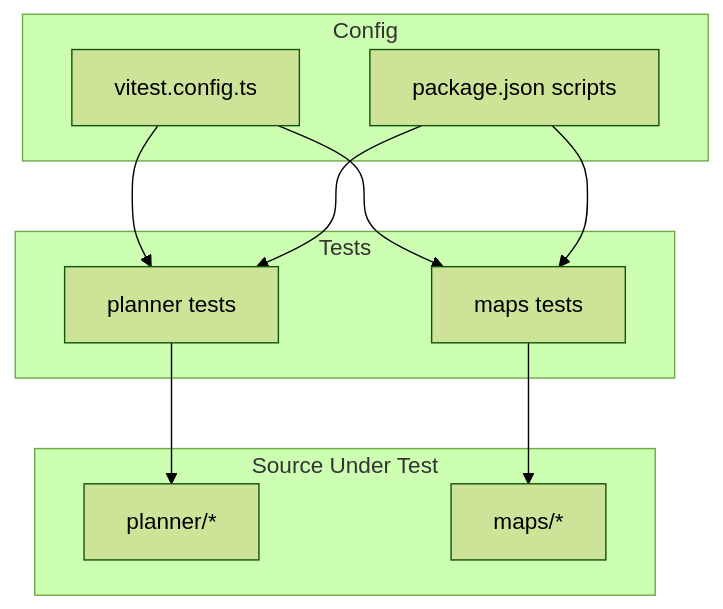
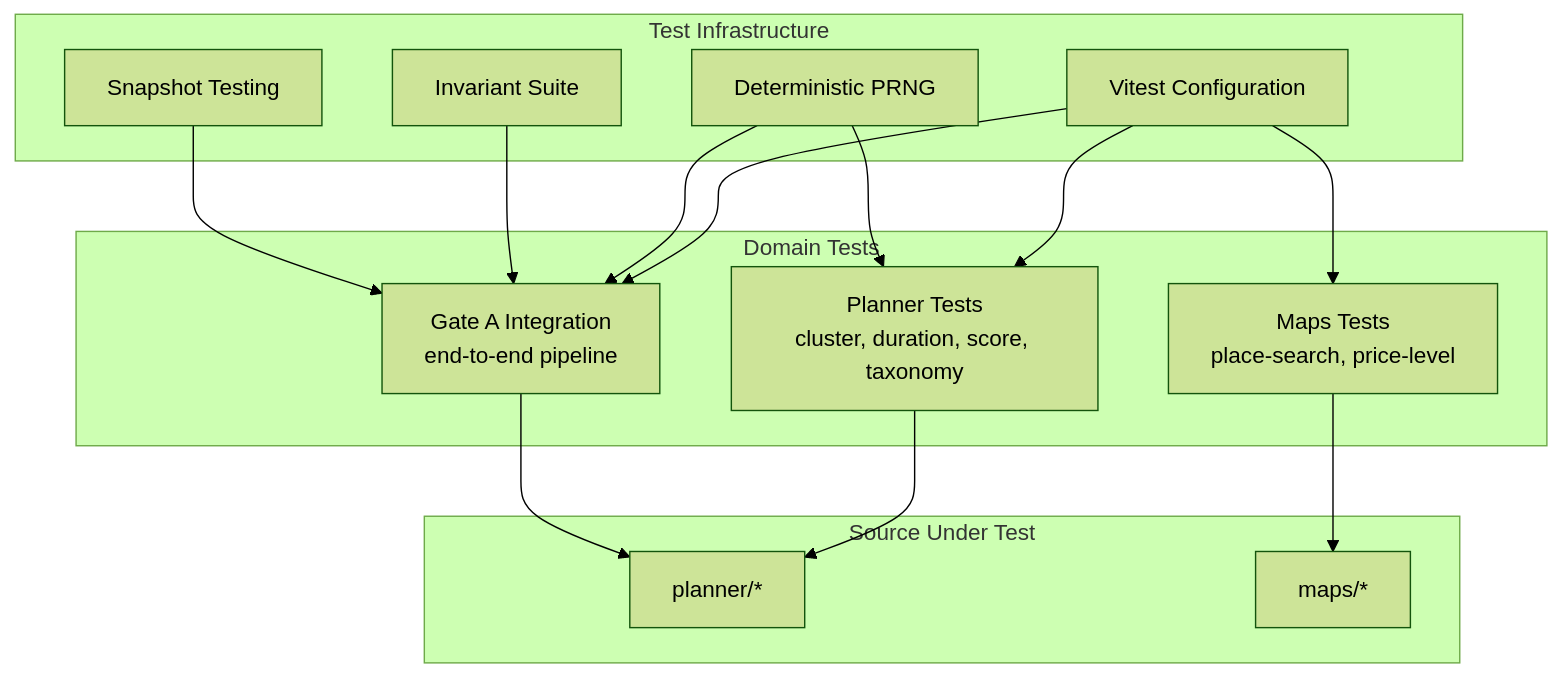
One commit to Meaetin/alibaba-hackathon changed the second of 4 diagrams in .qoder/repowiki/en/content/Testing Strategy.md. Above: the diagram before and after it, drawn with Mermaid (forest theme). The commit also changed other lines of this file and 211 other files, not shown here.

````diff
--- a/.qoder/repowiki/en/content/Testing Strategy.md
+++ b/.qoder/repowiki/en/content/Testing Strategy.md
@@ -81,21 +104,28 @@
 ```mermaid
 graph TB
-subgraph "Tests"
-T1["planner tests"]
-T2["maps tests"]
+subgraph "Test Infrastructure"
+T1["Vitest Configuration"]
+T2["Deterministic PRNG"]
+T3["Invariant Suite"]
+T4["Snapshot Testing"]
 end
-subgraph "Config"
-C1["vitest.config.ts"]
-C2["package.json scripts"]
+subgraph "Domain Tests"
+D1["Planner Tests<br/>cluster, duration, score, taxonomy"]
+D2["Maps Tests<br/>place-search, price-level"]
+D3["Gate A Integration<br/>end-to-end pipeline"]
 end
 subgraph "Source Under Test"
 S1["planner/*"]
 S2["maps/*"]
 end
-C1 --> T1
-C1 --> T2
-C2 --> T1
-C2 --> T2
-T1 --> S1
-T2 --> S2
+T1 --> D1
+T1 --> D2
+T1 --> D3
+T2 --> D1
+T2 --> D3
+T3 --> D3
+T4 --> D3
+D1 --> S1
+D2 --> S2
+D3 --> S1
 ```
````
